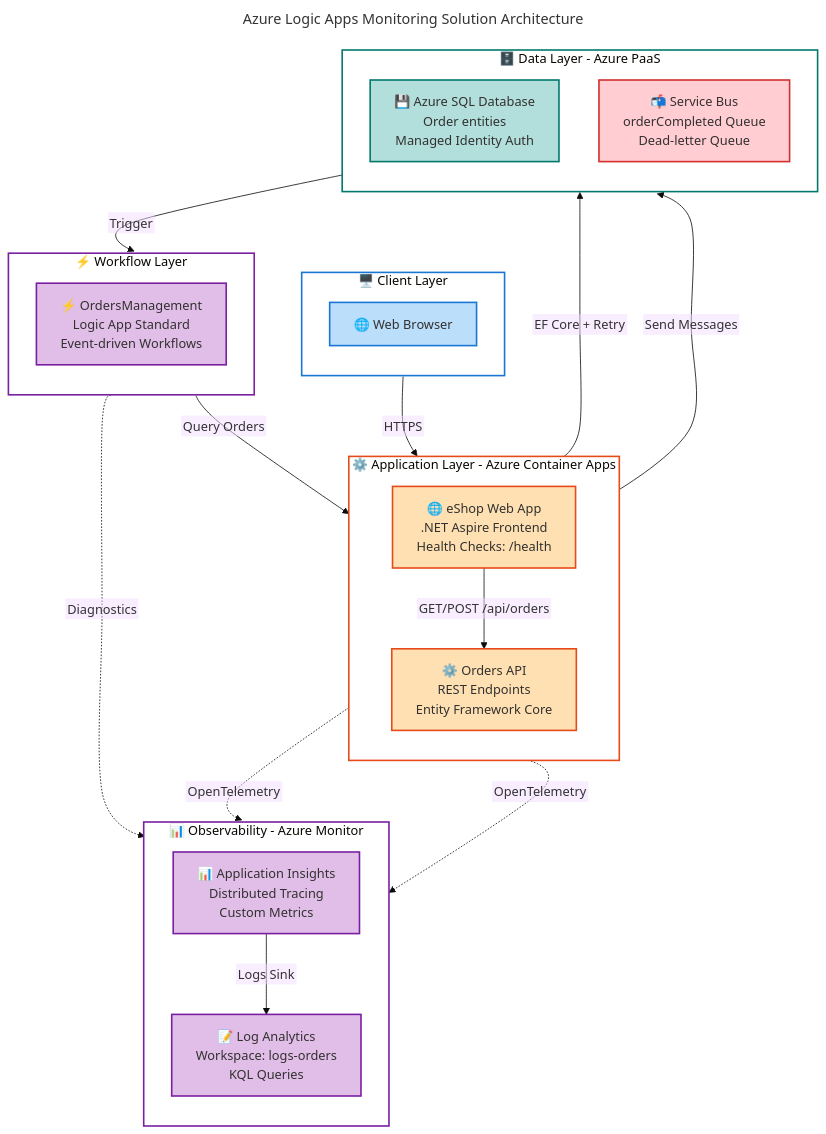
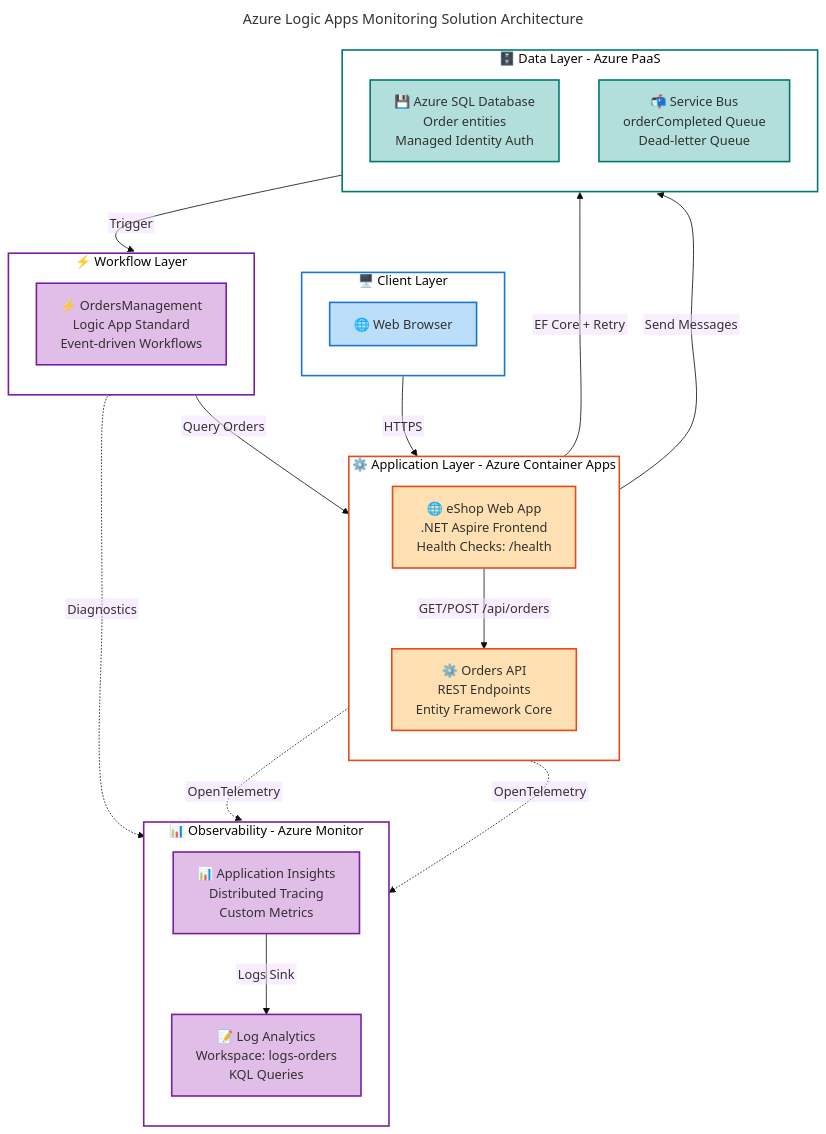
The diagram in README.md (Evilazaro/Azure-LogicApps-Monitoring), drawn with Mermaid before and after one commit.

Commit message:
docs: update Service Bus color in flowchart for improved clarity and consistency

```diff
--- a/README.md
+++ b/README.md
@@ -148,7 +148,7 @@
     subgraph dataLayer["🗄️ Data Layer - Azure PaaS"]
         direction TB
         sqlDb["💾 Azure SQL Database<br/>Order entities<br/>Managed Identity Auth"]:::azureTeal
-        serviceBus["📬 Service Bus<br/>orderCompleted Queue<br/>Dead-letter Queue"]:::azureRed
+        serviceBus["📬 Service Bus<br/>orderCompleted Queue<br/>Dead-letter Queue"]:::azureTeal
     end
 
     subgraph observabilityLayer["📊 Observability - Azure Monitor"]
```
